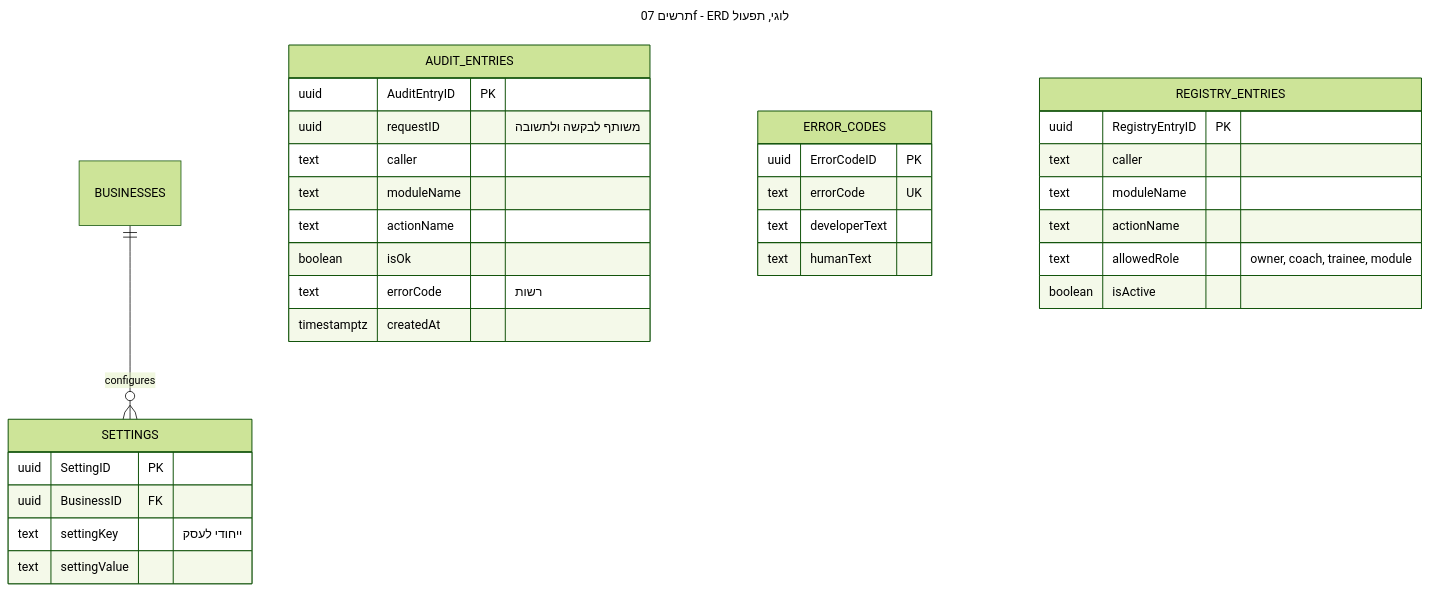
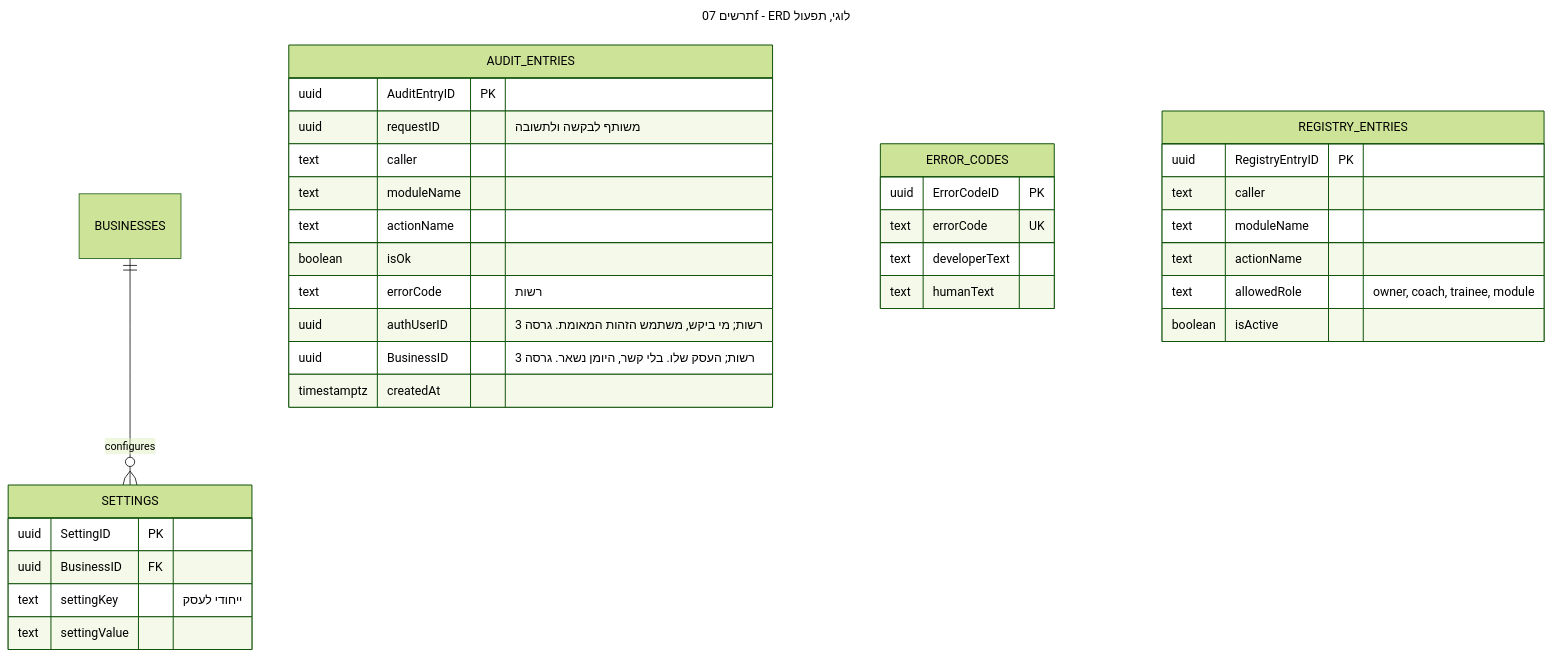
Before and after one commit to Sharpop30/fitness-app: the diagram in project-docs/mermaid/diagram-07f-operations.mmd, drawn with Mermaid (forest theme). The commit also changed 8 other files, not shown here.

First line of the commit message:
Stage 7c, from the security review: AUDIT_ENTRIES says who asked (migration 0020, authUserID and BusinessID, optional and with no foreign keys); the Orchestrator and the refusals in index.ts fill them from the verified identity; ERD logical v3 and diagram 07f

```diff
--- a/project-docs/mermaid/diagram-07f-operations.mmd
+++ b/project-docs/mermaid/diagram-07f-operations.mmd
@@ -1,35 +1,37 @@
 ---
 title: תרשים 07f - ERD לוגי, תפעול
 ---
 erDiagram
     BUSINESSES ||--o{ SETTINGS : configures
     AUDIT_ENTRIES {
         uuid AuditEntryID PK
         uuid requestID "משותף לבקשה ולתשובה"
         text caller
         text moduleName
         text actionName
         boolean isOk
         text errorCode "רשות"
+        uuid authUserID "רשות; מי ביקש, משתמש הזהות המאומת. גרסה 3"
+        uuid BusinessID "רשות; העסק שלו. בלי קשר, היומן נשאר. גרסה 3"
         timestamptz createdAt
     }
     SETTINGS {
         uuid SettingID PK
         uuid BusinessID FK
         text settingKey "ייחודי לעסק"
         text settingValue
     }
     ERROR_CODES {
         uuid ErrorCodeID PK
         text errorCode UK
         text developerText
         text humanText
     }
     REGISTRY_ENTRIES {
         uuid RegistryEntryID PK
         text caller
         text moduleName
         text actionName
         text allowedRole "owner, coach, trainee, module"
         boolean isActive
     }
```
